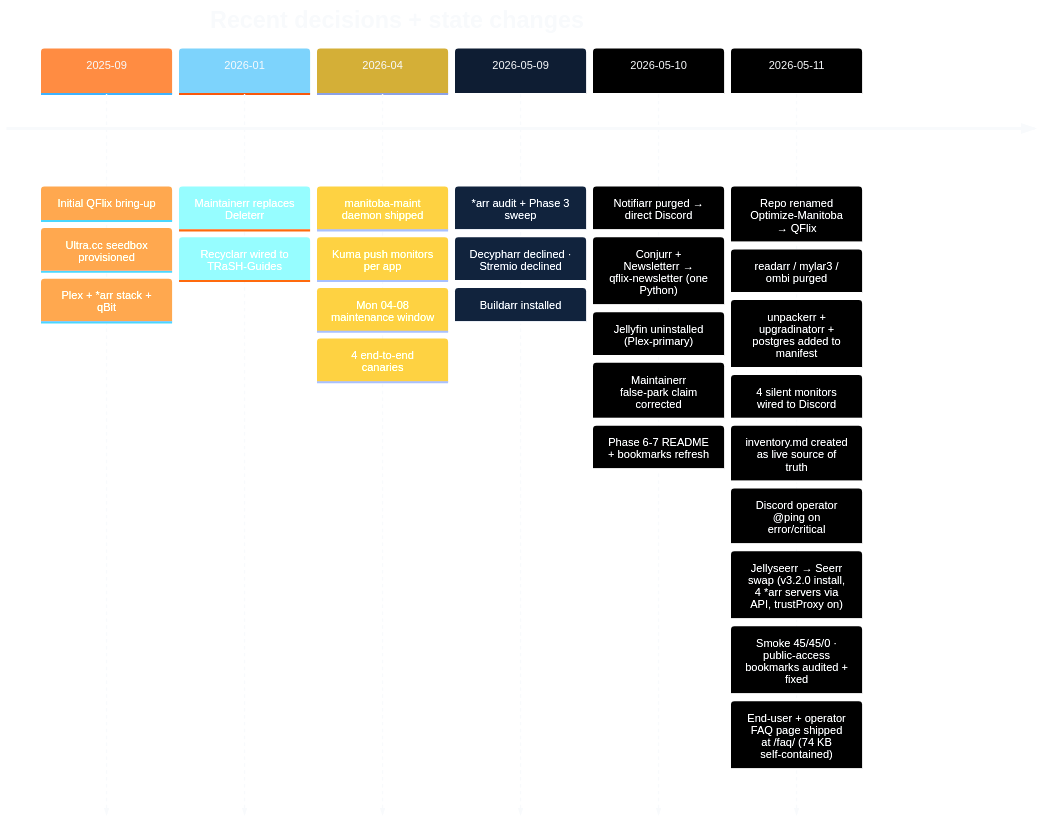
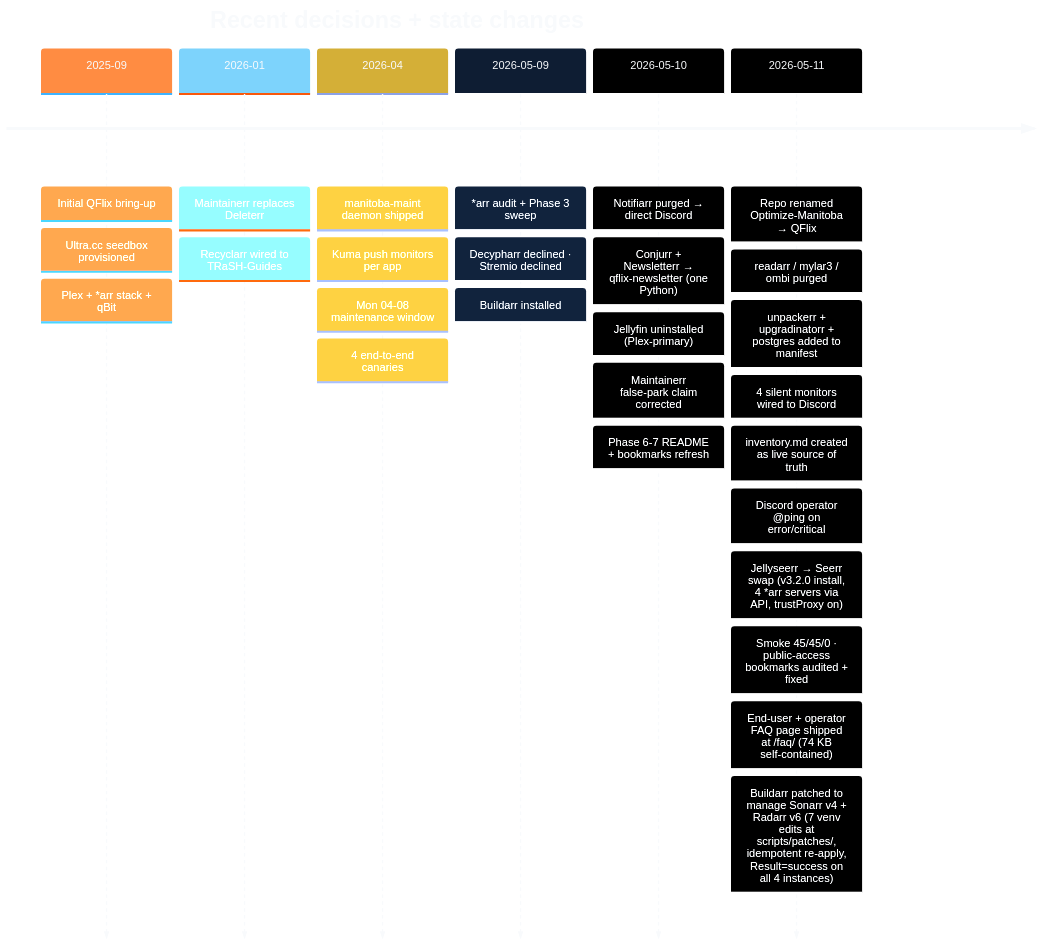
The sixth of 6 diagrams in README.md (Quadstronaut/QFlix), drawn with Mermaid before and after one commit. The commit also changed other lines of this file and 25 other files, not shown here.

````diff
--- a/README.md
+++ b/README.md
@@ -241,31 +241,32 @@
 ```mermaid
 %%{init: {'theme':'base','themeVariables':{'primaryColor':'#0e1d33','primaryTextColor':'#f8fafc','primaryBorderColor':'#ff8c42','lineColor':'#7dd3fc','secondaryColor':'#05101f','tertiaryColor':'#0a1628','cScale0':'#ff8c42','cScale1':'#7dd3fc','cScale2':'#d4af37','cScale3':'#0e1d33','fontFamily':'Segoe UI, Roboto, sans-serif'}}}%%
 timeline
   title Recent decisions + state changes
   2025-09 : Initial QFlix bring-up
           : Ultra.cc seedbox provisioned
           : Plex + *arr stack + qBit
   2026-01 : Maintainerr replaces Deleterr
           : Recyclarr wired to TRaSH-Guides
   2026-04 : manitoba-maint daemon shipped
           : Kuma push monitors per app
           : Mon 04-08 maintenance window
           : 4 end-to-end canaries
   2026-05-09 : *arr audit + Phase 3 sweep
             : Decypharr declined · Stremio declined
             : Buildarr installed
   2026-05-10 : Notifiarr purged → direct Discord
             : Conjurr + Newsletterr → qflix-newsletter (one Python)
             : Jellyfin uninstalled (Plex-primary)
             : Maintainerr false-park claim corrected
             : Phase 6-7 README + bookmarks refresh
   2026-05-11 : Repo renamed Optimize-Manitoba → QFlix
             : readarr / mylar3 / ombi purged
             : unpackerr + upgradinatorr + postgres added to manifest
             : 4 silent monitors wired to Discord
             : inventory.md created as live source of truth
             : Discord operator @ping on error/critical
             : Jellyseerr → Seerr swap (v3.2.0 install, 4 *arr servers via API, trustProxy on)
             : Smoke 45/45/0 · public-access bookmarks audited + fixed
             : End-user + operator FAQ page shipped at /faq/ (74 KB self-contained)
+            : Buildarr patched to manage Sonarr v4 + Radarr v6 (7 venv edits at scripts/patches/, idempotent re-apply, Result=success on all 4 instances)
 ```
````
